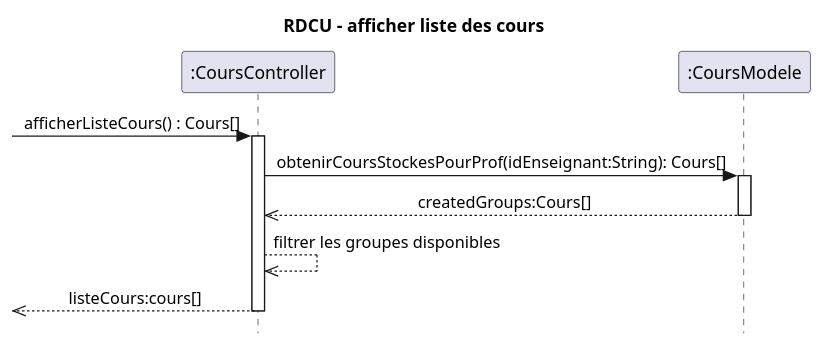
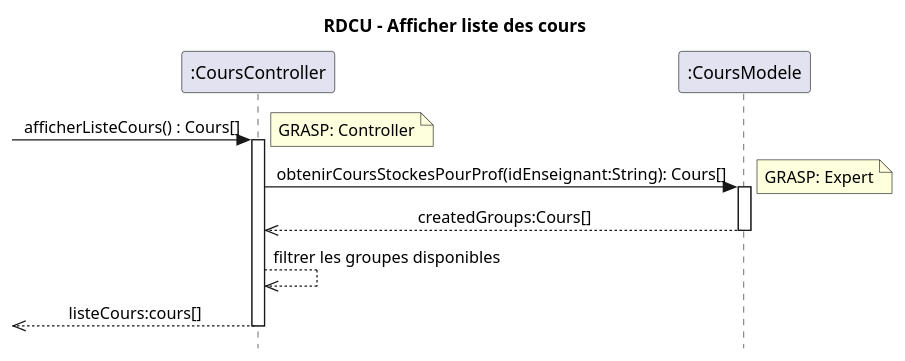
The diagram in docs/modeles/cu01/rdcu-afficherListeCours.puml (xMrYahya/moodle-clone), drawn with PlantUML before and after one commit. The commit also changed 5 other files, not shown here.

```diff
--- a/docs/modeles/cu01/rdcu-afficherListeCours.puml
+++ b/docs/modeles/cu01/rdcu-afficherListeCours.puml
@@ -1,18 +1,20 @@
 @startuml
-title RDCU - afficher liste des cours
+title RDCU - Afficher liste des cours
 skinparam Style strictuml
 skinparam sequenceMessageAlign center
 
 participant ":CoursController" as coursController
 participant ":CoursModele" as coursModele
 
 -> coursController : afficherListeCours() : Cours[]
+note right: GRASP: Controller
 activate coursController
 coursController -> coursModele : obtenirCoursStockesPourProf(idEnseignant:String): Cours[]
+note right: GRASP: Expert
 activate coursModele
 coursModele -->> coursController : createdGroups:Cours[]
 deactivate coursModele
 coursController -->> coursController : filtrer les groupes disponibles
 <<-- coursController : listeCours:cours[]
 deactivate coursController
 @enduml
```
